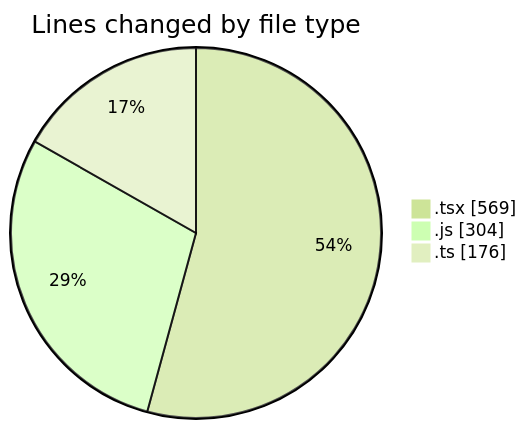
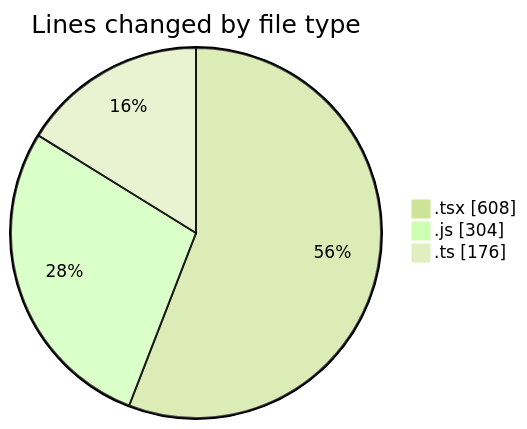
The first of 2 diagrams in 2025-02-26/cda/README.md (momahboobian/code-tracking), drawn with Mermaid (forest theme) before and after one commit. The commit also changed other lines of this file and 1 other file, not shown here.

````diff
--- a/2025-02-26/cda/README.md
+++ b/2025-02-26/cda/README.md
@@ -30,7 +30,7 @@
 ```mermaid
 pie showData
 title Lines changed by file type
-".tsx" : 569
+".tsx" : 608
 ".js" : 304
 ".ts" : 176
 ```
````
